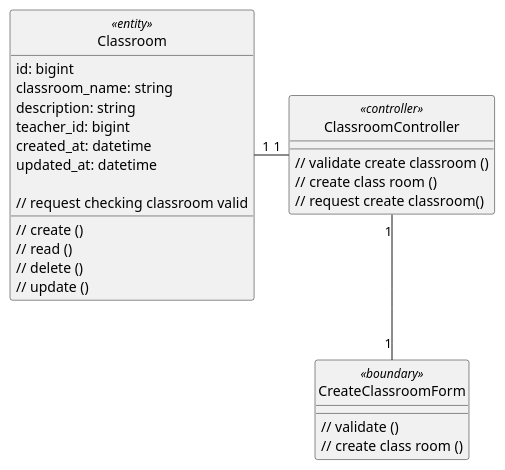
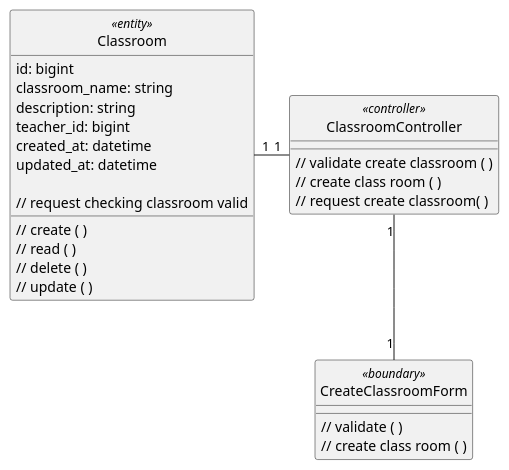
The diagram in class - analysis/class/createClass.plantuml (anonyhostvn/OOAD-Diagram), drawn with PlantUML before and after one commit. The commit also changed 16 other files, not shown here.

```diff
--- a/class - analysis/class/createClass.plantuml
+++ b/class - analysis/class/createClass.plantuml
@@ -1,38 +1,38 @@
 @startuml createClass
 
 class Classroom <<entity>> {
     id: bigint
     classroom_name: string
     description: string
     teacher_id: bigint
     created_at: datetime
     updated_at: datetime
 
-    // create ()
-    // read ()
-    // delete ()
-    // update ()
+    // create ( )
+    // read ( )
+    // delete ( )
+    // update ( )
     // request checking classroom valid 
 }
 
 class CreateClassroomForm <<boundary>> {
-    // validate ()
-    // create class room ()
+    // validate ( )
+    // create class room ( )
 }
 
 class ClassroomController <<controller>> {
-    // validate create classroom ()
-    // create class room ()
-    // request create classroom()
+    // validate create classroom ( )
+    // create class room ( )
+    // request create classroom( )
 }
 
 hide Classroom <<entity>> circle
 hide CreateClassroomForm <<boundary>> circle
 hide ClassroomController <<controller>> circle
 
 ClassroomController "1" -left- "1" Classroom
 ClassroomController "1" -down- "1" CreateClassroomForm
 
 
 
 @enduml
```
